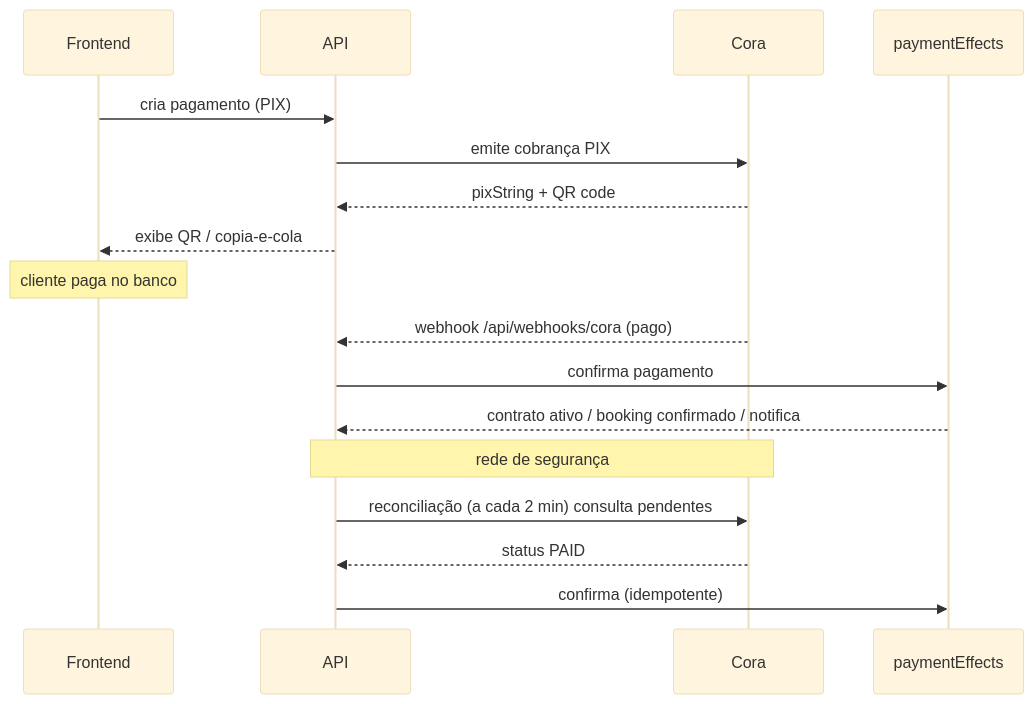
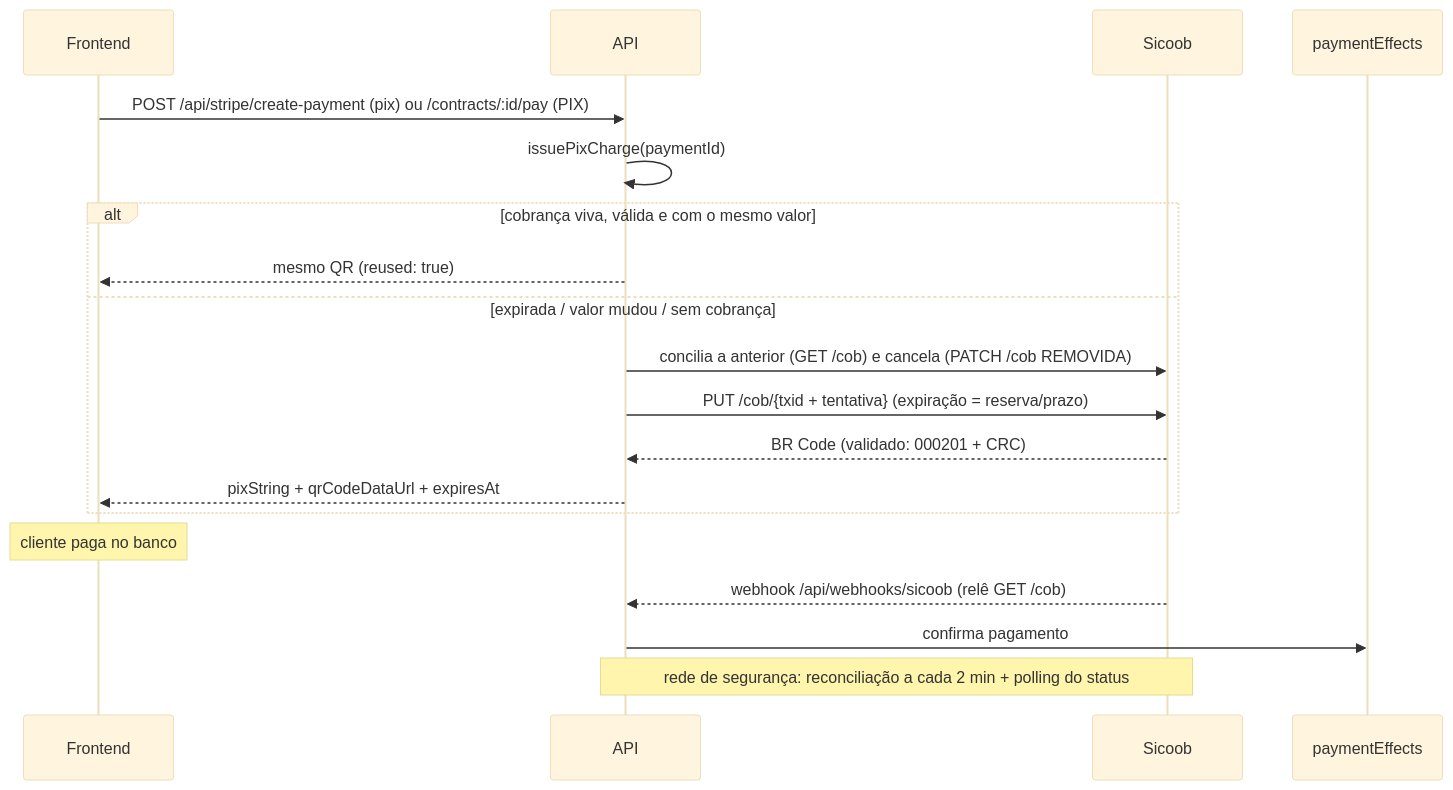
One commit to andreluisfcpn/agenda-estudio changed the first of 2 diagrams in docs/tecnico/pagamentos.md. Above: the diagram before and after it, drawn with Mermaid (base theme). The commit also changed other lines of this file and 204 other files, not shown here.

````diff
--- a/docs/tecnico/pagamentos.md
+++ b/docs/tecnico/pagamentos.md
@@ -22,20 +25,22 @@
 ```mermaid
 sequenceDiagram
     participant FE as Frontend
     participant API as API
-    participant CO as Cora
+    participant SC as Sicoob
     participant EF as paymentEffects
 
-    FE->>API: cria pagamento (PIX)
-    API->>CO: emite cobrança PIX
-    CO-->>API: pixString + QR code
-    API-->>FE: exibe QR / copia-e-cola
+    FE->>API: POST /api/stripe/create-payment (pix) ou /contracts/:id/pay (PIX)
+    API->>API: issuePixCharge(paymentId)
+    alt cobrança viva, válida e com o mesmo valor
+        API-->>FE: mesmo QR (reused: true)
+    else expirada / valor mudou / sem cobrança
+        API->>SC: concilia a anterior (GET /cob) e cancela (PATCH /cob REMOVIDA)
+        API->>SC: PUT /cob/{txid + tentativa} (expiração = reserva/prazo)
+        SC-->>API: BR Code (validado: 000201 + CRC)
+        API-->>FE: pixString + qrCodeDataUrl + expiresAt
+    end
     Note over FE: cliente paga no banco
-    CO-->>API: webhook /api/webhooks/cora (pago)
+    SC-->>API: webhook /api/webhooks/sicoob (relê GET /cob)
     API->>EF: confirma pagamento
-    EF-->>API: contrato ativo / booking confirmado / notifica
-    Note over API,CO: rede de segurança
-    API->>CO: reconciliação (a cada 2 min) consulta pendentes
-    CO-->>API: status PAID
-    API->>EF: confirma (idempotente)
+    Note over API,SC: rede de segurança: reconciliação a cada 2 min + polling do status
 ```
````
